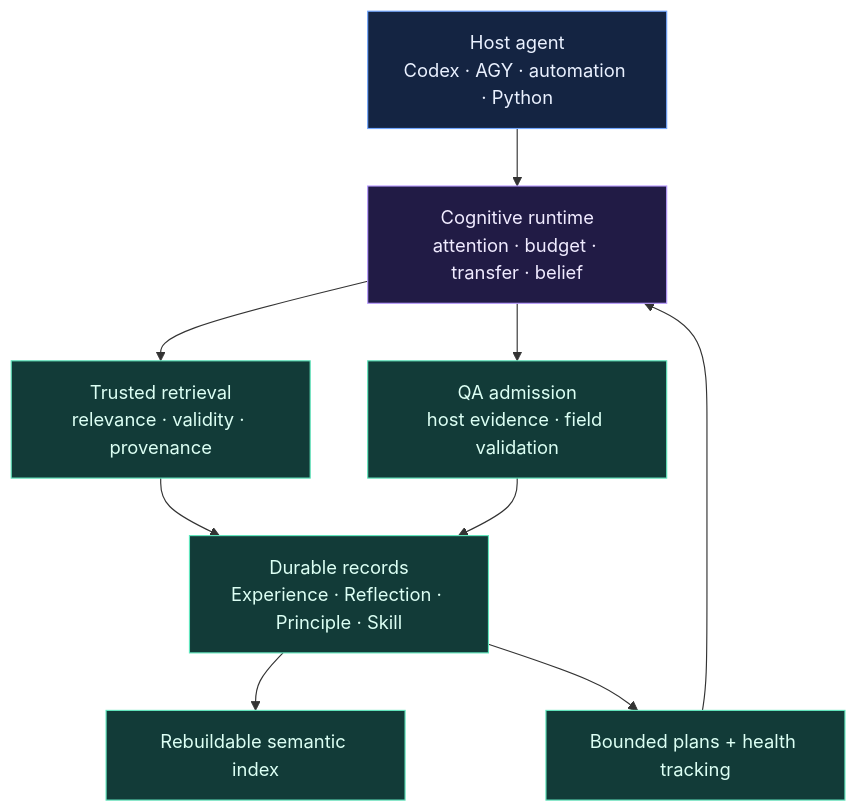
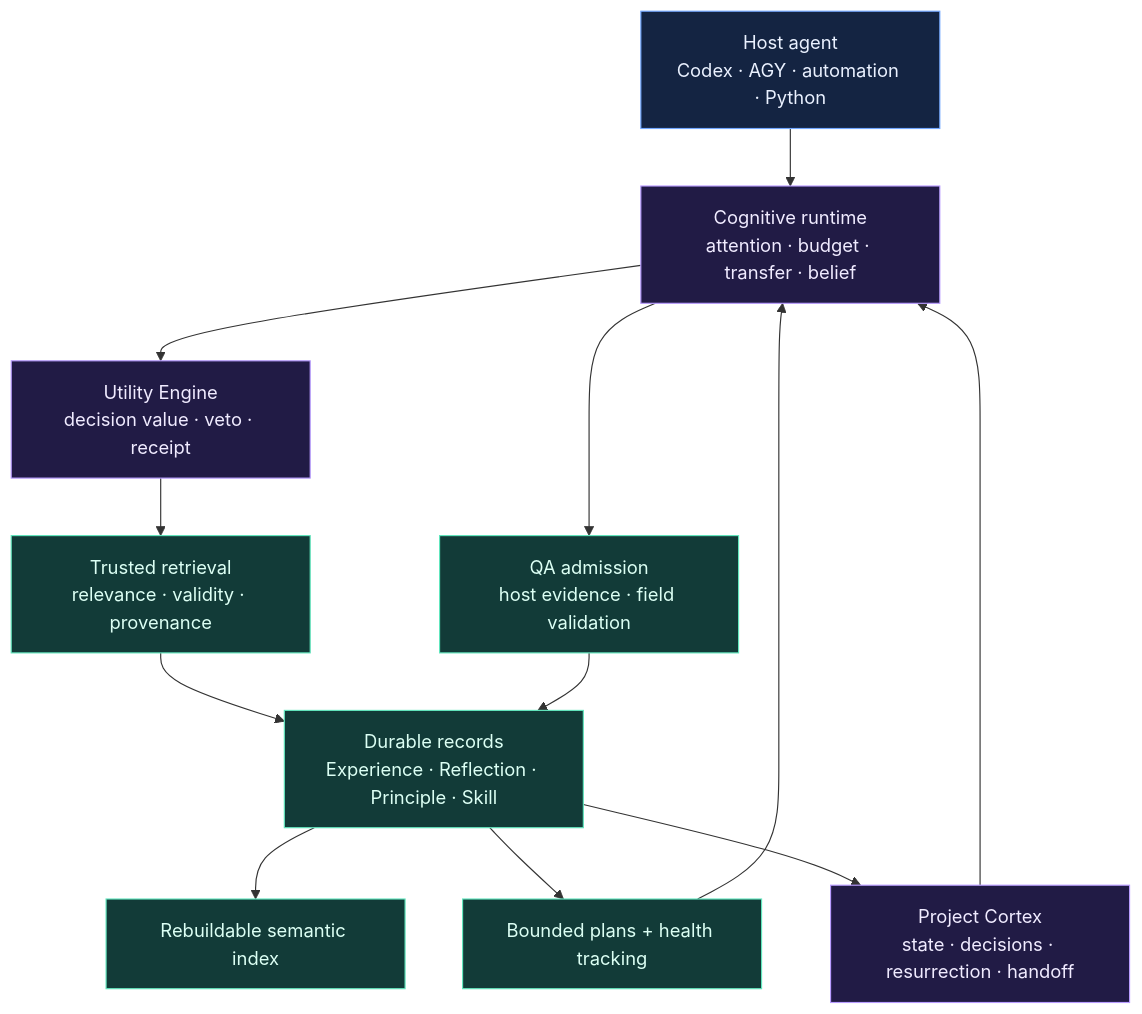
The diagram in README.md (Shikhar-code/memcoder), drawn with Mermaid before and after one commit. The commit also changed other lines of this file and 18 other files, not shown here.

First line of the commit message:
feat: ship Beta 2.3 utility engine and project cortex

````diff
--- a/README.md
+++ b/README.md
@@ -412,18 +496,21 @@
 ```mermaid
 flowchart TB
     HOST["Host agent<br/>Codex · AGY · automation · Python"] --> RUNTIME["Cognitive runtime<br/>attention · budget · transfer · belief"]
-    RUNTIME --> RETRIEVE["Trusted retrieval<br/>relevance · validity · provenance"]
+    RUNTIME --> UTILITY["Utility Engine<br/>decision value · veto · receipt"]
+    UTILITY --> RETRIEVE["Trusted retrieval<br/>relevance · validity · provenance"]
     RUNTIME --> QA["QA admission<br/>host evidence · field validation"]
     RETRIEVE --> STORE["Durable records<br/>Experience · Reflection · Principle · Skill"]
     QA --> STORE
     STORE --> INDEX["Rebuildable semantic index"]
     STORE --> PLAN["Bounded plans + health tracking"]
+    STORE --> CORTEX["Project Cortex<br/>state · decisions · resurrection · handoff"]
     PLAN --> RUNTIME
+    CORTEX --> RUNTIME
 
     classDef host fill:#142442,stroke:#72a7ff,color:#eaf1ff;
     classDef core fill:#211b45,stroke:#b89cff,color:#f0ebff;
     classDef trust fill:#123b38,stroke:#61e6bd,color:#dcfff4;
     class HOST host;
-    class RUNTIME core;
+    class RUNTIME,UTILITY,CORTEX core;
     class RETRIEVE,QA,STORE,INDEX,PLAN trust;
 ```
````
